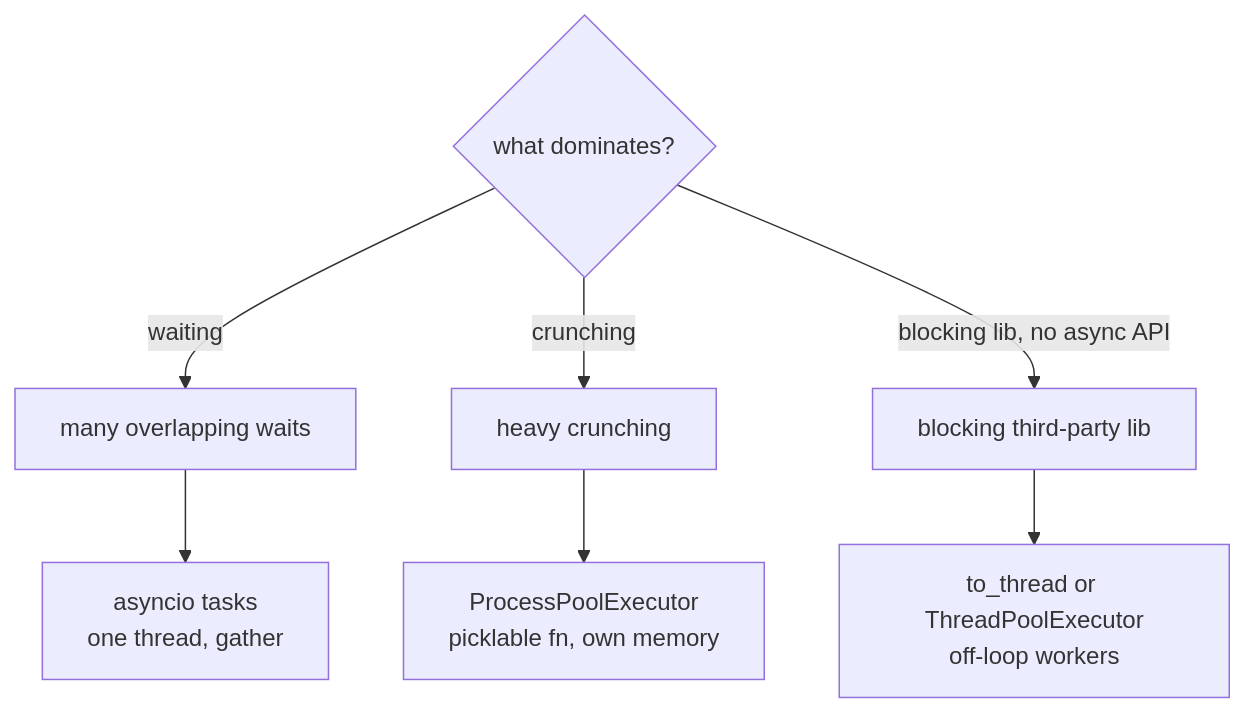
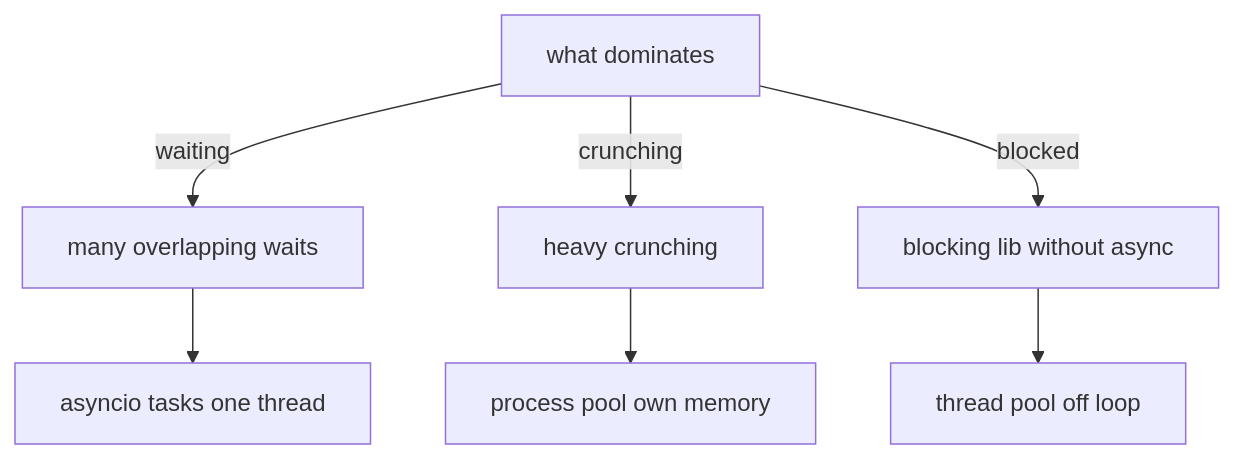
The fourth of 6 diagrams in docs/learning/15-asyncio.md (AslamNazeerShaikh/Python-Material), drawn with Mermaid before and after one commit. The commit also changed other lines of this file and 16 other files, not shown here.

Commit message:
docs(learning): rebuild all mermaid in safe subset

````diff
--- a/docs/learning/15-asyncio.md
+++ b/docs/learning/15-asyncio.md
@@ -307,16 +308,16 @@
 ```mermaid
 flowchart TD
-    Q{"what dominates?"}
-    WAITS["many overlapping waits"]
-    CPU["heavy crunching"]
-    BLOCKLIB["blocking third-party lib"]
-    AIO["asyncio tasks<br/>one thread, gather"]
-    PROC["ProcessPoolExecutor<br/>picklable fn, own memory"]
-    THR["to_thread or ThreadPoolExecutor<br/>off-loop workers"]
-    Q -->|"waiting"| WAITS
-    Q -->|"crunching"| CPU
-    Q -->|"blocking lib, no async API"| BLOCKLIB
+    Q[what dominates]
+    WAITS[many overlapping waits]
+    CPU[heavy crunching]
+    BLOCKLIB[blocking lib without async]
+    AIO[asyncio tasks one thread]
+    PROC[process pool own memory]
+    THR[thread pool off loop]
+    Q -->|waiting| WAITS
+    Q -->|crunching| CPU
+    Q -->|blocked| BLOCKLIB
     WAITS --> AIO
     CPU --> PROC
     BLOCKLIB --> THR
 ```
````
